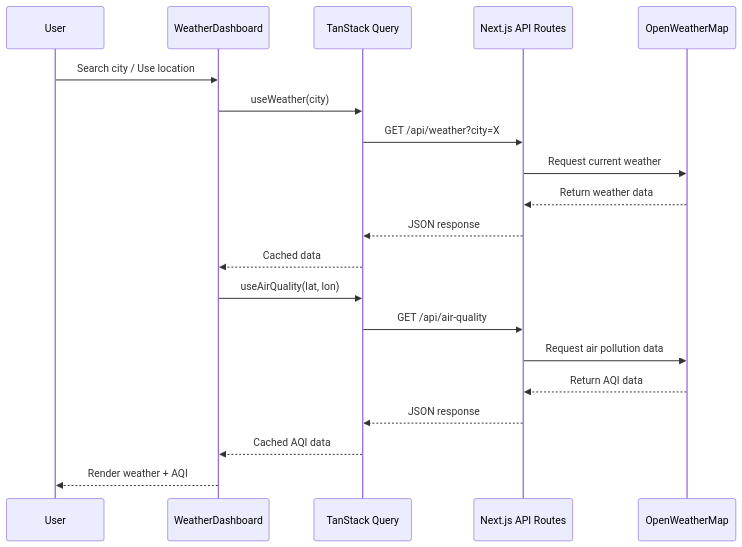
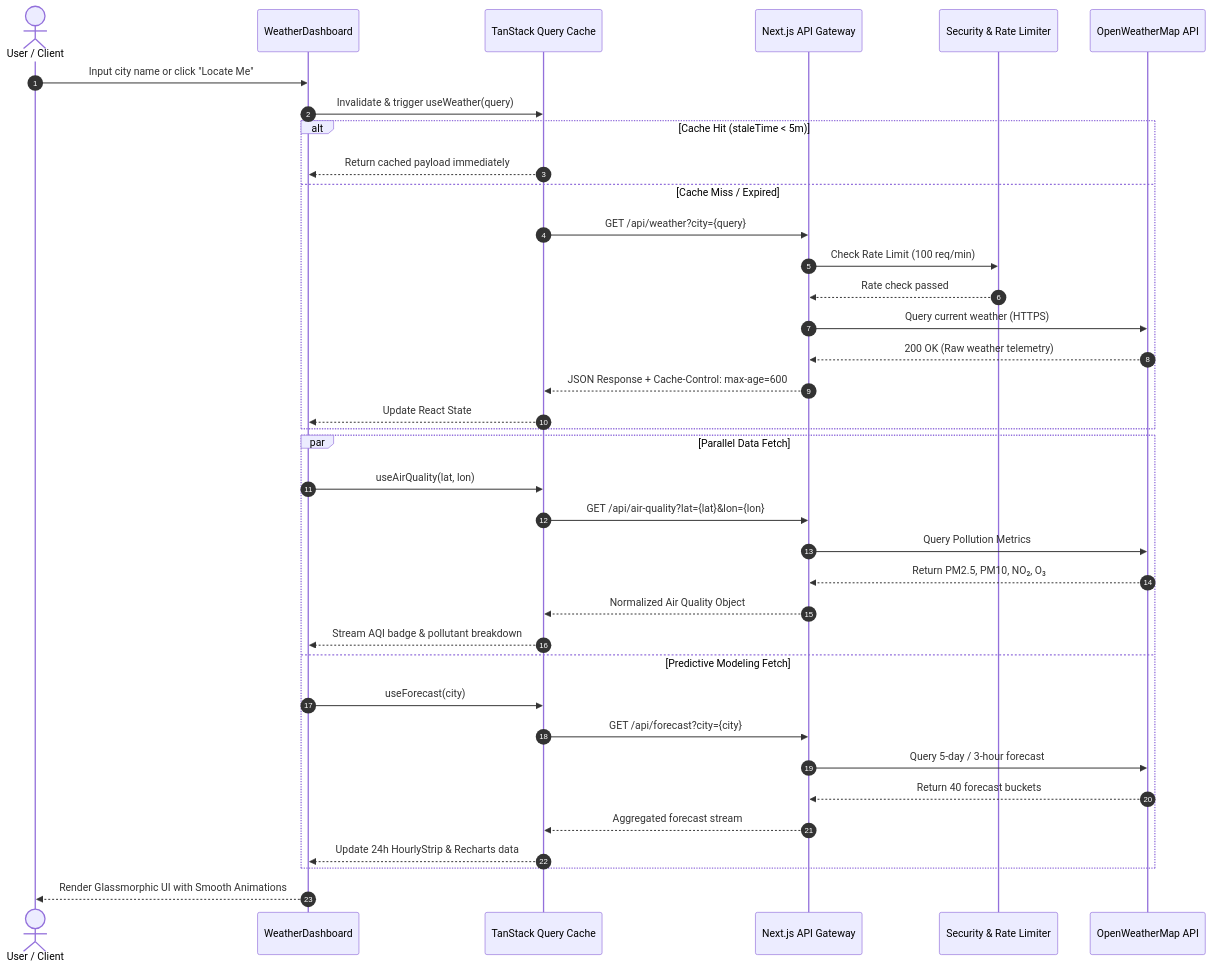
The fourth of 5 diagrams in README.md (AyushSingh360/WeatherNet-AI), drawn with Mermaid before and after one commit. The commit also changed other lines of this file and 2 other files, not shown here.

Commit message:
docs: enrich README with system architecture diagrams, animated SVGs, and telemetry charts

````diff
--- a/README.md
+++ b/README.md
@@ -88,23 +203,43 @@
 ```mermaid
 sequenceDiagram
-    participant User
+    autonumber
+    actor User as User / Client
     participant Dashboard as WeatherDashboard
-    participant Query as TanStack Query
-    participant API as Next.js API Routes
-    participant OWM as OpenWeatherMap
+    participant Store as TanStack Query Cache
+    participant API as Next.js API Gateway
+    participant Hardening as Security & Rate Limiter
+    participant Upstream as OpenWeatherMap API
 
-    User->>Dashboard: Search city / Use location
-    Dashboard->>Query: useWeather(city)
-    Query->>API: GET /api/weather?city=X
-    API->>OWM: Request current weather
-    OWM-->>API: Return weather data
-    API-->>Query: JSON response
-    Query-->>Dashboard: Cached data
-    Dashboard->>Query: useAirQuality(lat, lon)
-    Query->>API: GET /api/air-quality
-    API->>OWM: Request air pollution data
-    OWM-->>API: Return AQI data
-    API-->>Query: JSON response
-    Query-->>Dashboard: Cached AQI data
-    Dashboard-->>User: Render weather + AQI
+    User->>Dashboard: Input city name or click "Locate Me"
+    Dashboard->>Store: Invalidate & trigger useWeather(query)
+    
+    alt Cache Hit (staleTime < 5m)
+        Store-->>Dashboard: Return cached payload immediately
+    else Cache Miss / Expired
+        Store->>API: GET /api/weather?city={query}
+        API->>Hardening: Check Rate Limit (100 req/min)
+        Hardening-->>API: Rate check passed
+        API->>Upstream: Query current weather (HTTPS)
+        Upstream-->>API: 200 OK (Raw weather telemetry)
+        API-->>Store: JSON Response + Cache-Control: max-age=600
+        Store-->>Dashboard: Update React State
+    end
+
+    par Parallel Data Fetch
+        Dashboard->>Store: useAirQuality(lat, lon)
+        Store->>API: GET /api/air-quality?lat={lat}&lon={lon}
+        API->>Upstream: Query Pollution Metrics
+        Upstream-->>API: Return PM2.5, PM10, NO₂, O₃
+        API-->>Store: Normalized Air Quality Object
+        Store-->>Dashboard: Stream AQI badge & pollutant breakdown
+    and Predictive Modeling Fetch
+        Dashboard->>Store: useForecast(city)
+        Store->>API: GET /api/forecast?city={city}
+        API->>Upstream: Query 5-day / 3-hour forecast
+        Upstream-->>API: Return 40 forecast buckets
+        API-->>Store: Aggregated forecast stream
+        Store-->>Dashboard: Update 24h HourlyStrip & Recharts data
+    end
+
+    Dashboard-->>User: Render Glassmorphic UI with Smooth Animations
 ```
````
